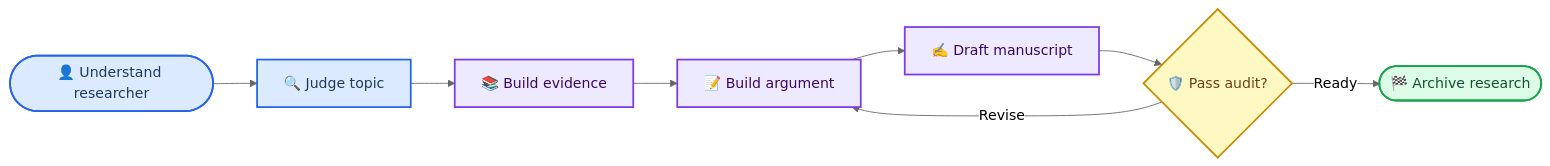
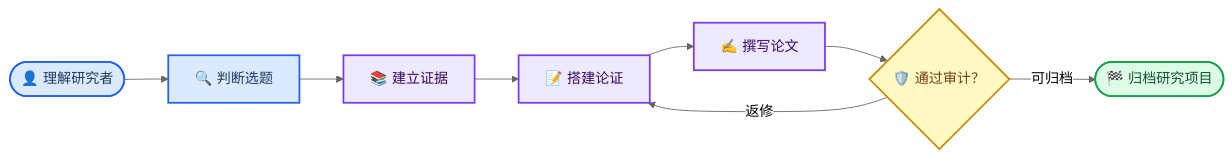
Before and after one commit to AE0506/research-skill-pack: the first of 5 diagrams in README.md, drawn with Mermaid (neutral theme). The commit also changed other lines of this file, not shown here.

Commit message:
docs: localize workflow diagrams in Chinese

````diff
--- a/README.md
+++ b/README.md
@@ -7,23 +7,23 @@
 ```mermaid
 flowchart LR
-    accTitle: Research Skill Pack overview
-    accDescr: A research project moves from understanding the researcher through topic decisions and evidence building to an auditable manuscript and archive, with integrity checks before writing and submission.
+    accTitle: 科研技能包全景
+    accDescr: 一项研究从理解研究者开始，经过选题判断、证据建立和论证写作，最终在审计通过后形成可归档的科研项目。
 
-    researcher([👤 Understand researcher]) --> topic[🔍 Judge topic]
-    topic --> evidence[📚 Build evidence]
-    evidence --> argument[📝 Build argument]
-    argument --> manuscript[✍️ Draft manuscript]
-    manuscript --> guard{🛡️ Pass audit?}
-    guard -->|Revise| argument
-    guard -->|Ready| archive([🏁 Archive research])
+    researcher([👤 理解研究者]) --> topic[🔍 判断选题]
+    topic --> evidence[📚 建立证据]
+    evidence --> argument[📝 搭建论证]
+    argument --> manuscript[✍️ 撰写论文]
+    manuscript --> guard{🛡️ 通过审计？}
+    guard -->|返修| argument
+    guard -->|可归档| archive([🏁 归档研究项目])
 
     classDef primary fill:#dbeafe,stroke:#2563eb,stroke-width:2px,color:#1e3a5f
     classDef evidence_style fill:#ede9fe,stroke:#7c3aed,stroke-width:2px,color:#3b0764
     classDef decision fill:#fef9c3,stroke:#ca8a04,stroke-width:2px,color:#713f12
     classDef success fill:#dcfce7,stroke:#16a34a,stroke-width:2px,color:#14532d
 
     class researcher,topic primary
     class evidence,argument,manuscript evidence_style
     class guard decision
     class archive success
 ```
````
